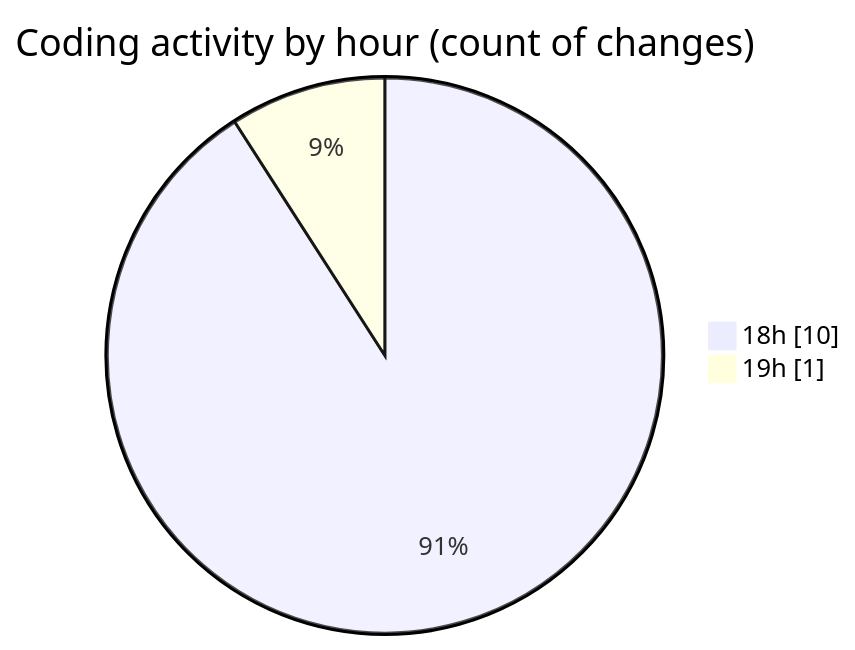
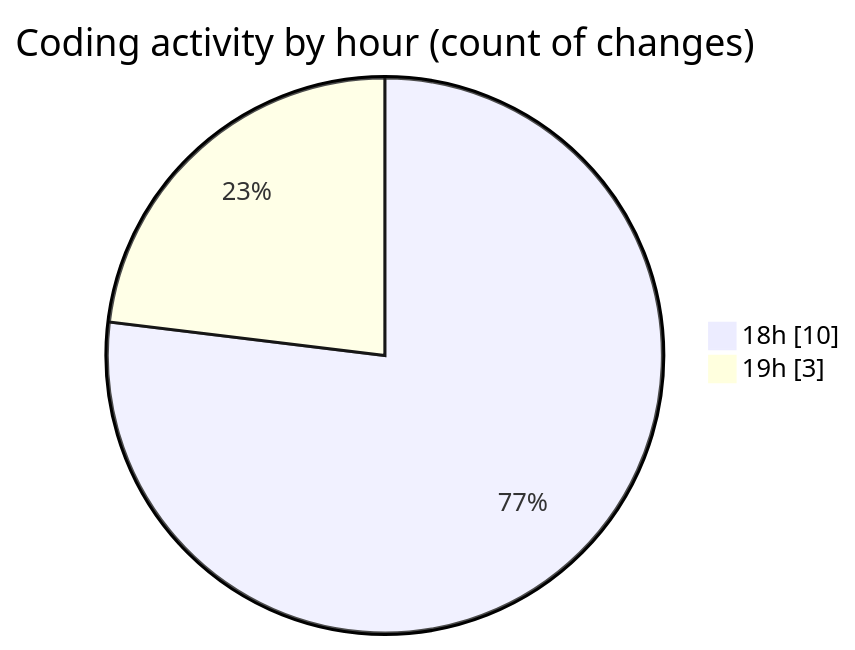
Before and after one commit to idhammustaqopulfikri/code-tracking: the second of 2 diagrams in 2025-03-15/sms/README.md, drawn with Mermaid. The commit also changed other lines of this file and 1 other file, not shown here.

````diff
--- a/2025-03-15/sms/README.md
+++ b/2025-03-15/sms/README.md
@@ -33,6 +34,6 @@
 ```mermaid
 pie showData
 title Coding activity by hour (count of changes)
 "18h" : 10
-"19h" : 1
+"19h" : 3
 ```
````
